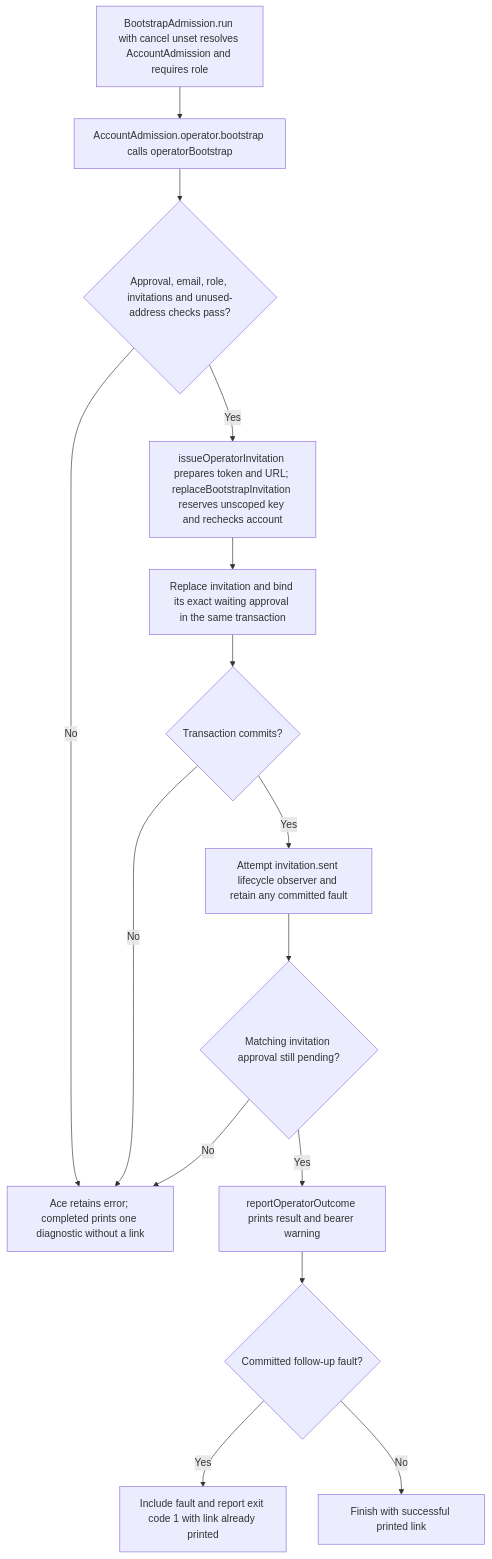
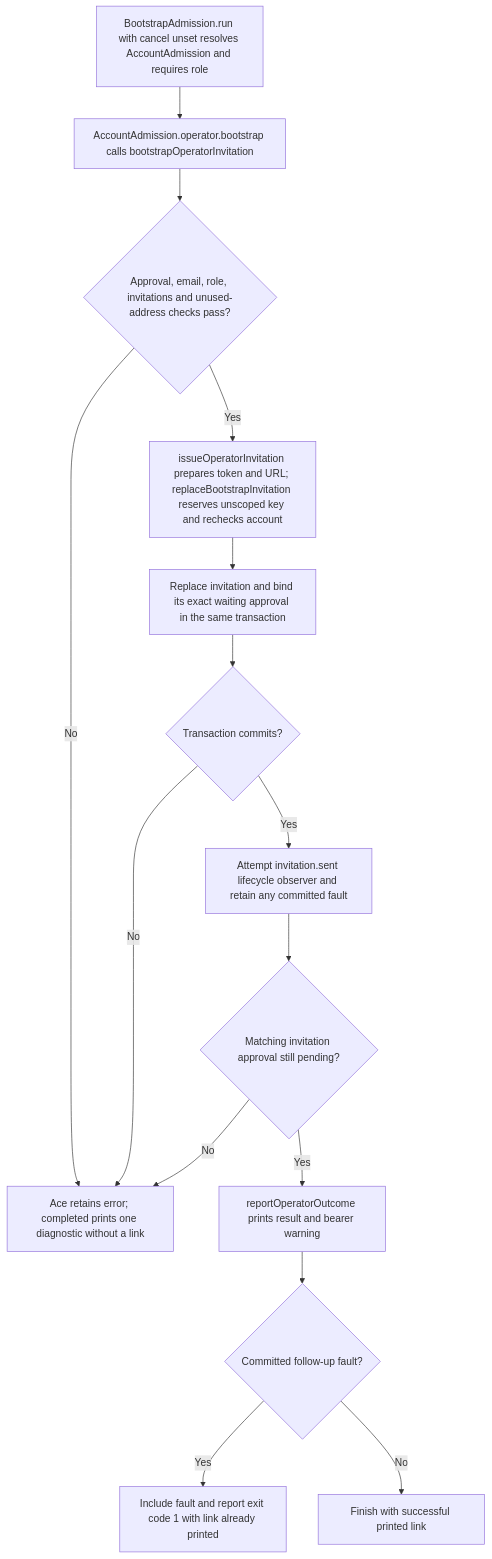
One commit to Kevinjohn/oss-adonisjs-account-kit changed the second of 2 diagrams in user-stories/US-ACCOUNT-46-bootstrap-first-administrator.md. Above: the diagram before and after it, drawn with Mermaid. The commit also changed other lines of this file and 29 other files, not shown here.

````diff
--- a/user-stories/US-ACCOUNT-46-bootstrap-first-administrator.md
+++ b/user-stories/US-ACCOUNT-46-bootstrap-first-administrator.md
@@ -36,17 +36,17 @@
 ```mermaid
 flowchart TD
- A["BootstrapAdmission.run with cancel unset resolves AccountAdmission and requires role"] --> B["AccountAdmission.operator.bootstrap calls operatorBootstrap"]
+ A["BootstrapAdmission.run with cancel unset resolves AccountAdmission and requires role"] --> B["AccountAdmission.operator.bootstrap calls bootstrapOperatorInvitation"]
  B --> C{"Approval, email, role, invitations and unused-address checks pass?"}
  C -->|No| G["Ace retains error; completed prints one diagnostic without a link"]
  C -->|Yes| D["issueOperatorInvitation prepares token and URL; replaceBootstrapInvitation reserves unscoped key and rechecks account"]
  D --> E["Replace invitation and bind its exact waiting approval in the same transaction"]
  E --> F{"Transaction commits?"}
  F -->|No| G
  F -->|Yes| H["Attempt invitation.sent lifecycle observer and retain any committed fault"]
  H --> I{"Matching invitation approval still pending?"}
  I -->|No| G
  I -->|Yes| K["reportOperatorOutcome prints result and bearer warning"]
  K --> L{"Committed follow-up fault?"}
  L -->|Yes| M["Include fault and report exit code 1 with link already printed"]
  L -->|No| N["Finish with successful printed link"]
 ```
````
